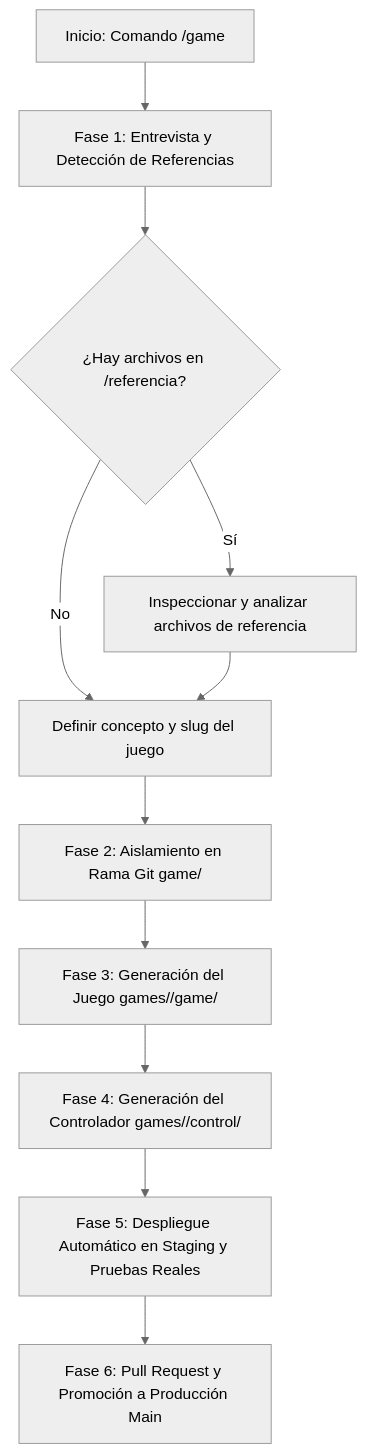
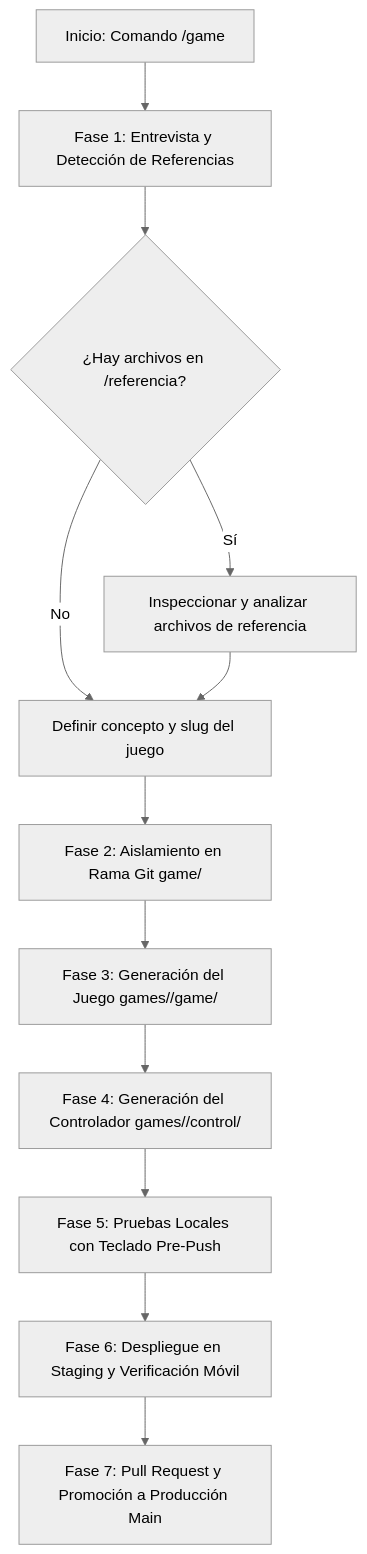
Before and after one commit to bmecdev/myplayad: the diagram in .agents/skills/game/SKILL.md, drawn with Mermaid (neutral theme). The commit also changed other lines of this file and 2 other files, not shown here.

Commit message:
docs: establish mandatory pre-push local keyboard testing rule across AGENTS.md, SKILL.md, and README.md

````diff
--- a/.agents/skills/game/SKILL.md
+++ b/.agents/skills/game/SKILL.md
@@ -14,13 +14,14 @@
 ```mermaid
 flowchart TD
     A[Inicio: Comando /game] --> B[Fase 1: Entrevista y Detección de Referencias]
     B --> C{¿Hay archivos en /referencia?}
     C -- Sí --> D[Inspeccionar y analizar archivos de referencia]
     C -- No --> E[Definir concepto y slug del juego]
     D --> E
     E --> F[Fase 2: Aislamiento en Rama Git game/<slug>]
     F --> G[Fase 3: Generación del Juego games/<slug>/game/]
     G --> H[Fase 4: Generación del Controlador games/<slug>/control/]
-    H --> I[Fase 5: Despliegue Automático en Staging y Pruebas Reales]
-    I --> J[Fase 6: Pull Request y Promoción a Producción Main]
+    H --> I[Fase 5: Pruebas Locales con Teclado Pre-Push]
+    I --> J[Fase 6: Despliegue en Staging y Verificación Móvil]
+    J --> K[Fase 7: Pull Request y Promoción a Producción Main]
 ```
````
